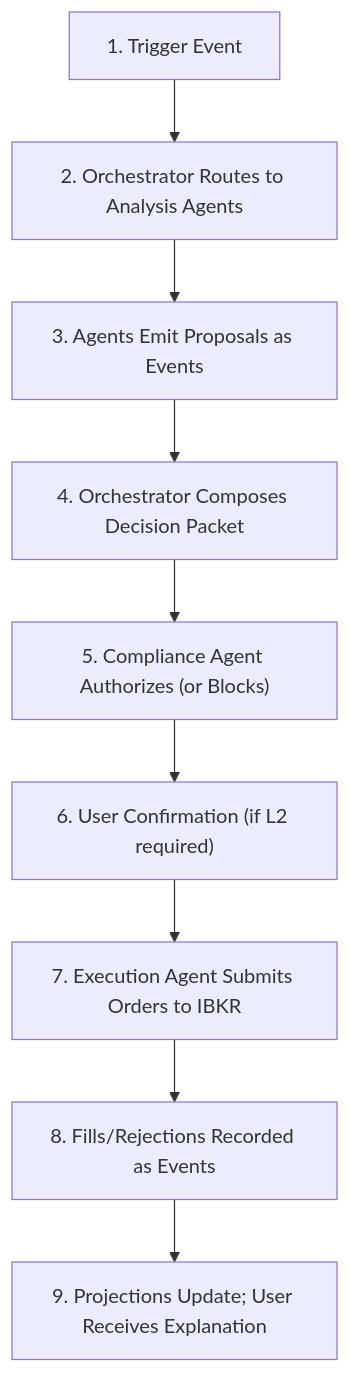
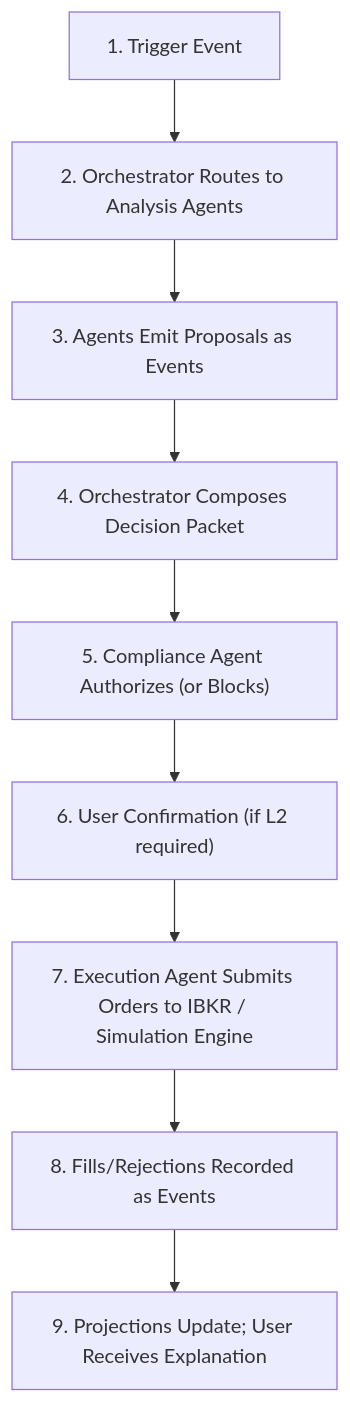
One commit to fabio-vitali/nestfolio changed the diagram in specifications/02-system-architecture/agent-system.md. Above: the diagram before and after it, drawn with Mermaid. The commit also changed other lines of this file and 17 other files, not shown here.

````diff
--- a/specifications/02-system-architecture/agent-system.md
+++ b/specifications/02-system-architecture/agent-system.md
@@ -112,14 +113,14 @@
 ```mermaid
 flowchart TD
     S1["1. Trigger Event"]
     S2["2. Orchestrator Routes to Analysis Agents"]
     S3["3. Agents Emit Proposals as Events"]
     S4["4. Orchestrator Composes Decision Packet"]
     S5["5. Compliance Agent Authorizes (or Blocks)"]
     S6["6. User Confirmation (if L2 required)"]
-    S7["7. Execution Agent Submits Orders to IBKR"]
+    S7["7. Execution Agent Submits Orders to IBKR / Simulation Engine"]
     S8["8. Fills/Rejections Recorded as Events"]
     S9["9. Projections Update; User Receives Explanation"]
 
     S1 --> S2 --> S3 --> S4 --> S5 --> S6 --> S7 --> S8 --> S9
 ```
````
